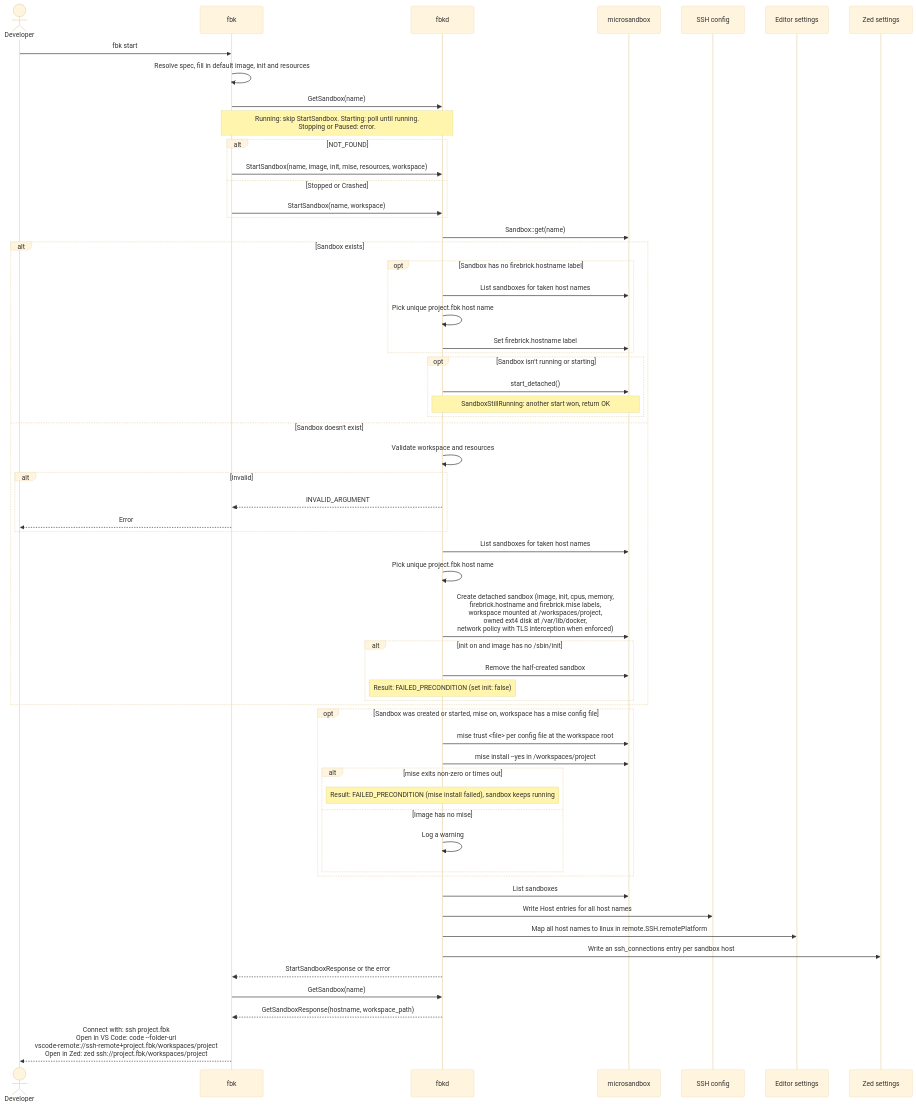
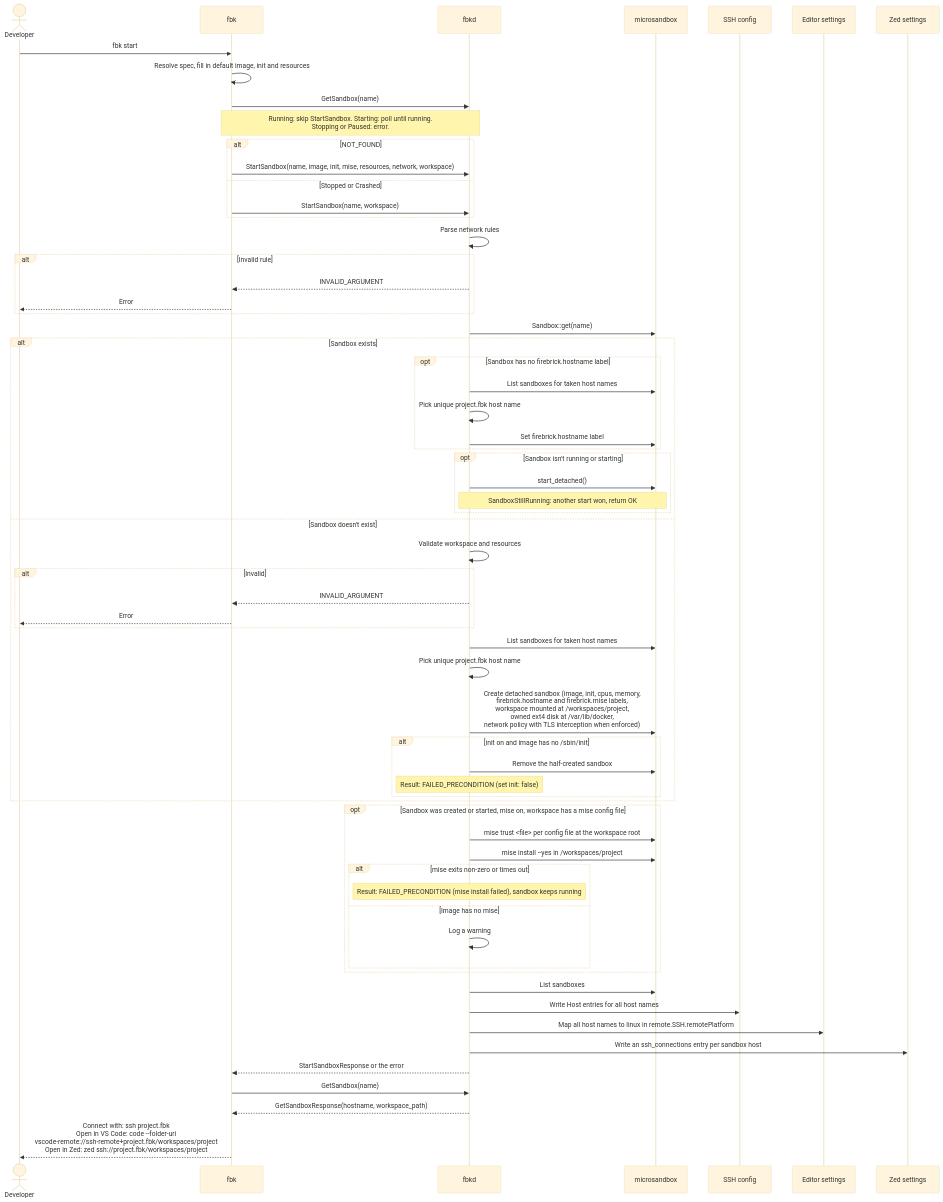
The fourth of 6 diagrams in docs/architecture/06-runtime-view.md (wmeints/anvil), drawn with Mermaid (base theme) before and after one commit. The commit also changed 3 other files, not shown here.

First line of the commit message:
fix(daemon): address review findings for network rules

````diff
--- a/docs/architecture/06-runtime-view.md
+++ b/docs/architecture/06-runtime-view.md
@@ -257,65 +252,70 @@
 ```mermaid
 sequenceDiagram
     actor Dev as Developer
     participant CLI as fbk
     participant D as fbkd
     participant MS as microsandbox
     participant SSH as SSH config
     participant Ed as Editor settings
     participant Zed as Zed settings
 
     Dev->>CLI: fbk start
     CLI->>CLI: Resolve spec, fill in default image, init and resources
     CLI->>D: GetSandbox(name)
     Note over CLI,D: Running: skip StartSandbox. Starting: poll until running.<br/>Stopping or Paused: error.
     alt NOT_FOUND
-        CLI->>D: StartSandbox(name, image, init, mise, resources, workspace)
+        CLI->>D: StartSandbox(name, image, init, mise, resources, network, workspace)
     else Stopped or Crashed
         CLI->>D: StartSandbox(name, workspace)
+    end
+    D->>D: Parse network rules
+    alt Invalid rule
+        D-->>CLI: INVALID_ARGUMENT
+        CLI-->>Dev: Error
     end
     D->>MS: Sandbox::get(name)
 
     alt Sandbox exists
         opt Sandbox has no firebrick.hostname label
             D->>MS: List sandboxes for taken host names
             D->>D: Pick unique project.fbk host name
             D->>MS: Set firebrick.hostname label
         end
         opt Sandbox isn't running or starting
             D->>MS: start_detached()
             Note over D,MS: SandboxStillRunning: another start won, return OK
         end
     else Sandbox doesn't exist
         D->>D: Validate workspace and resources
         alt Invalid
             D-->>CLI: INVALID_ARGUMENT
             CLI-->>Dev: Error
         end
         D->>MS: List sandboxes for taken host names
         D->>D: Pick unique project.fbk host name
         D->>MS: Create detached sandbox (image, init, cpus, memory,<br/>firebrick.hostname and firebrick.mise labels,<br/>workspace mounted at /workspaces/project,<br/>owned ext4 disk at /var/lib/docker,<br/>network policy with TLS interception when enforced)
         alt init on and image has no /sbin/init
             D->>MS: Remove the half-created sandbox
             Note over D: Result: FAILED_PRECONDITION (set init: false)
         end
     end
 
     opt Sandbox was created or started, mise on, workspace has a mise config file
         D->>MS: mise trust <file> per config file at the workspace root
         D->>MS: mise install --yes in /workspaces/project
         alt mise exits non-zero or times out
             Note over D: Result: FAILED_PRECONDITION (mise install failed), sandbox keeps running
         else Image has no mise
             D->>D: Log a warning
         end
     end
 
     D->>MS: List sandboxes
     D->>SSH: Write Host entries for all host names
     D->>Ed: Map all host names to linux in remote.SSH.remotePlatform
     D->>Zed: Write an ssh_connections entry per sandbox host
     D-->>CLI: StartSandboxResponse or the error
     CLI->>D: GetSandbox(name)
     D-->>CLI: GetSandboxResponse(hostname, workspace_path)
     CLI-->>Dev: Connect with: ssh project.fbk<br/>Open in VS Code: code --folder-uri<br/>vscode-remote://ssh-remote+project.fbk/workspaces/project<br/>Open in Zed: zed ssh://project.fbk/workspaces/project
 ```
````
